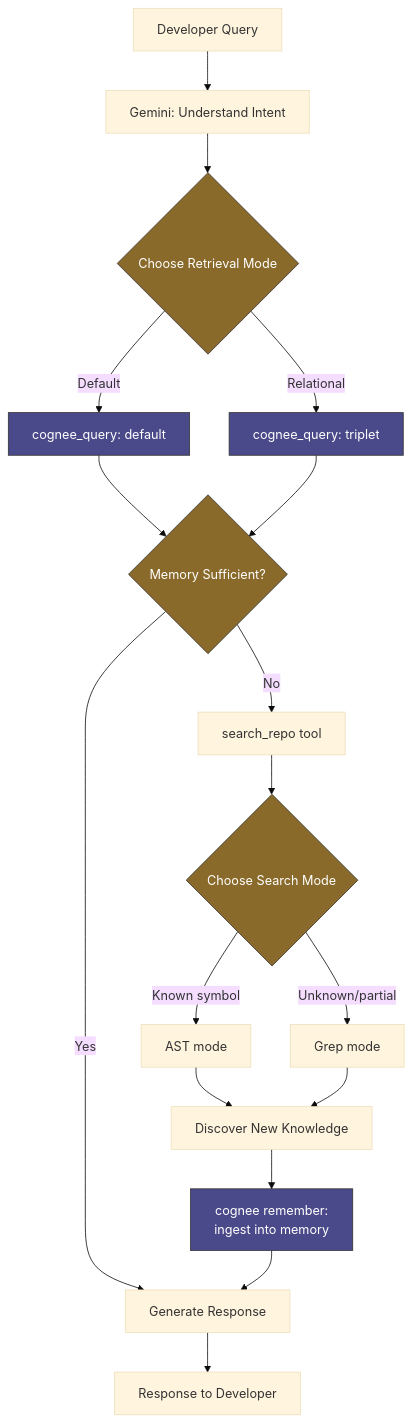
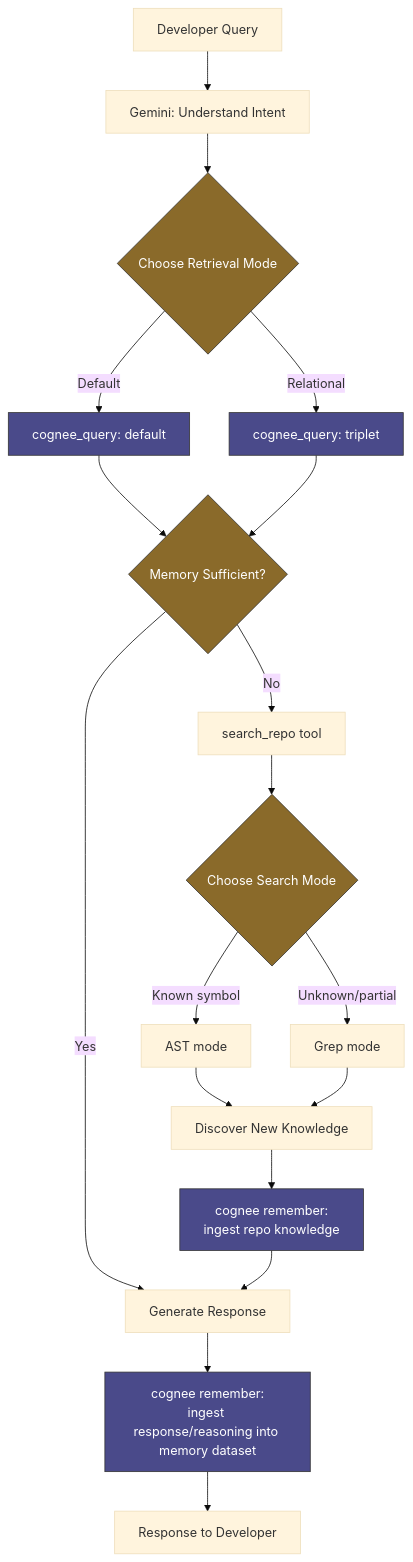
One commit to jatin300107/Cortex changed the diagram in README.md. Above: the diagram before and after it, drawn with Mermaid (base theme).

Commit message:
Update flowchart in README for clarity

````diff
--- a/README.md
+++ b/README.md
@@ -21,26 +21,35 @@
 ```mermaid
 flowchart TD
     A[Developer Query] --> B[Gemini: Understand Intent]
     B --> C{Choose Retrieval Mode}
+    
     C -->|Default| D[cognee_query: default]
     C -->|Relational| E[cognee_query: triplet]
+    
     D --> F{Memory Sufficient?}
     E --> F
+    
     F -->|Yes| G[Generate Response]
     F -->|No| H[search_repo tool]
+    
     H --> I{Choose Search Mode}
     I -->|Known symbol| J[AST mode]
     I -->|Unknown/partial| K[Grep mode]
+    
     J --> L[Discover New Knowledge]
     K --> L
-    L --> M[cognee remember:<br/>ingest into memory]
+    
+    L --> M[cognee remember:<br/>ingest repo knowledge]
     M --> G
-    G --> N[Response to Developer]
+    
+    G --> N[cognee remember:<br/>ingest response/reasoning into memory dataset]
+    N --> O[Response to Developer]
 
     style D fill:#4a4a8a,stroke:#333,color:#fff
     style E fill:#4a4a8a,stroke:#333,color:#fff
     style M fill:#4a4a8a,stroke:#333,color:#fff
+    style N fill:#4a4a8a,stroke:#333,color:#fff
     style C fill:#8a6a2a,stroke:#333,color:#fff
     style I fill:#8a6a2a,stroke:#333,color:#fff
     style F fill:#8a6a2a,stroke:#333,color:#fff
 ```
````
